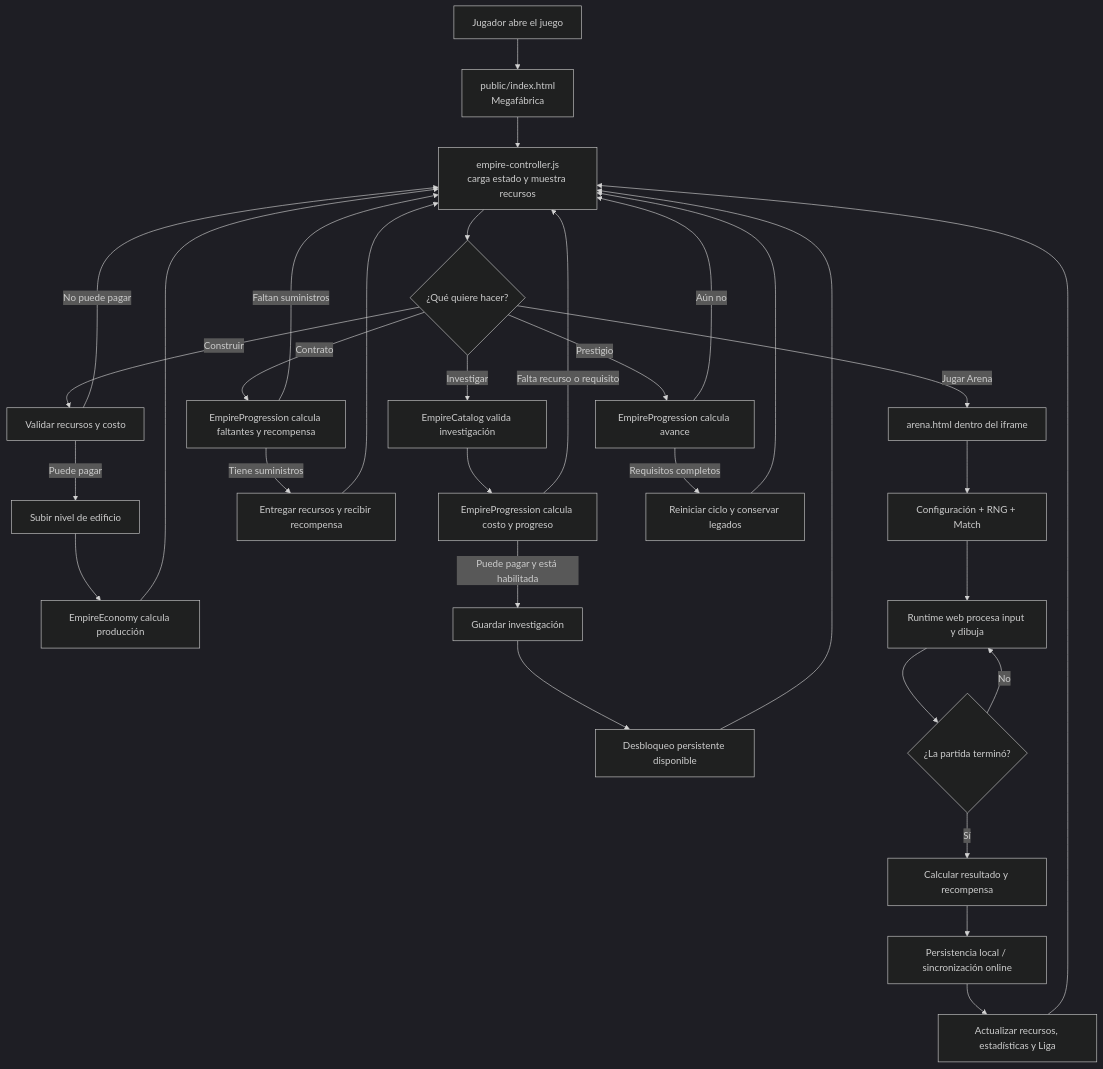
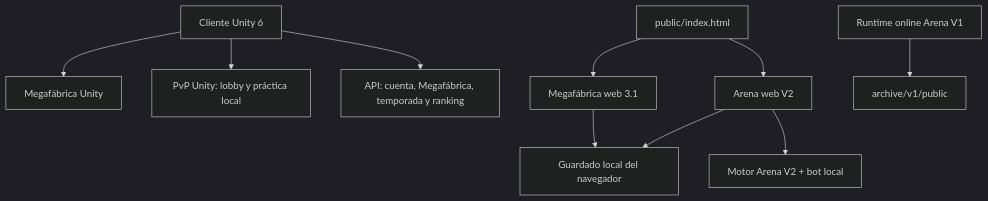
The diagram in docs/GAME_FLOW.md (mar-romero/game), drawn with Mermaid (dark theme) before and after one commit. The commit also changed other lines of this file and 208 other files, not shown here.

Commit message:
feat: ship Unity Arena and Megafactory V2; archive legacy client

````diff
--- a/docs/GAME_FLOW.md
+++ b/docs/GAME_FLOW.md
@@ -7,34 +5,12 @@
 ```mermaid
 flowchart TD
-    A[Jugador abre el juego] --> B[public/index.html<br/>Megafábrica]
-    B --> C[ empire-controller.js<br/>carga estado y muestra recursos ]
-    C --> D{¿Qué quiere hacer?}
-    D -->|Construir| E[Validar recursos y costo]
-    E -->|Puede pagar| F[Subir nivel de edificio]
-    E -->|No puede pagar| C
-    F --> G[EmpireEconomy calcula producción]
-    G --> C
-    D -->|Investigar| H[EmpireCatalog valida investigación]
-    H --> I[EmpireProgression calcula costo y progreso]
-    I -->|Puede pagar y está habilitada| J[Guardar investigación]
-    I -->|Falta recurso o requisito| C
-    J --> K[Desbloqueo persistente disponible]
-    K --> C
-    D -->|Contrato| L[EmpireProgression calcula faltantes y recompensa]
-    L -->|Tiene suministros| M[Entregar recursos y recibir recompensa]
-    L -->|Faltan suministros| C
-    M --> C
-    D -->|Jugar Arena| N[arena.html dentro del iframe]
-    N --> O[Configuración + RNG + Match]
-    O --> P[Runtime web procesa input y dibuja]
-    P --> Q{¿La partida terminó?}
-    Q -->|No| P
-    Q -->|Sí| R[Calcular resultado y recompensa]
-    R --> S[Persistencia local / sincronización online]
-    S --> T[Actualizar recursos, estadísticas y Liga]
-    T --> C
-    D -->|Prestigio| U[EmpireProgression calcula avance]
-    U -->|Requisitos completos| V[Reiniciar ciclo y conservar legados]
-    U -->|Aún no| C
-    V --> C
+  U[Cliente Unity 6] --> FAB[Megafábrica Unity]
+  U --> PVPU[PvP Unity: lobby y práctica local]
+  U --> API[API: cuenta, Megafábrica, temporada y ranking]
+  W[public/index.html] --> F[Megafábrica web 3.1]
+  W --> A[Arena web V2]
+  F --> S[Guardado local del navegador]
+  A --> S
+  A --> B[Motor Arena V2 + bot local]
+  OLD[Runtime online Arena V1] --> ARCHIVE[archive/v1/public]
 ```
````
